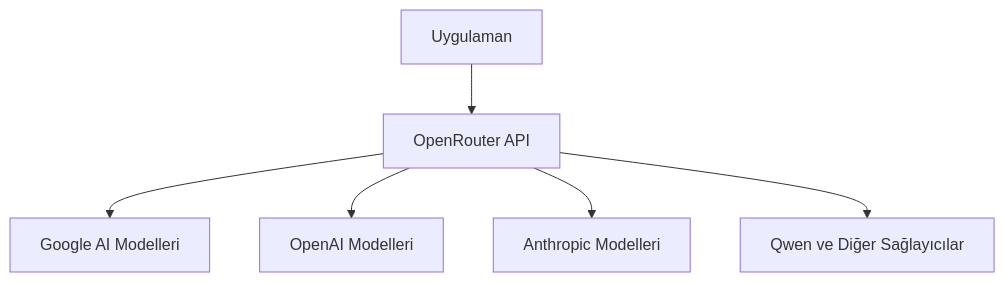
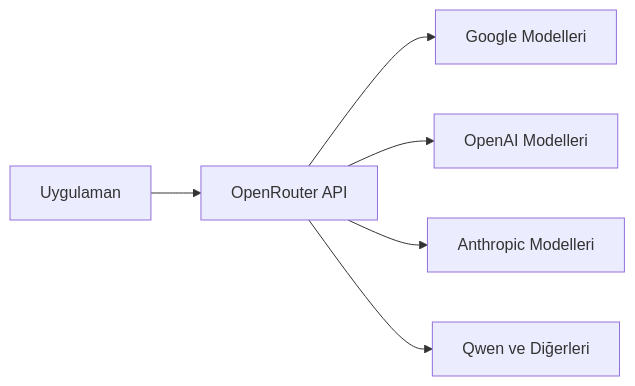
The second of 3 diagrams in sections/1_fundamentals/1_llms_tr.md (lokumai/ai-engineering-bazaar), drawn with Mermaid before and after one commit. The commit also changed other lines of this file and 7 other files, not shown here.

````diff
--- a/sections/1_fundamentals/1_llms_tr.md
+++ b/sections/1_fundamentals/1_llms_tr.md
@@ -116,8 +235,8 @@
 ```mermaid
-graph TD
+graph LR
     A[Uygulaman] --> B[OpenRouter API]
-    B --> C[Google AI Modelleri]
+    B --> C[Google Modelleri]
     B --> D[OpenAI Modelleri]
     B --> E[Anthropic Modelleri]
-    B --> F[Qwen ve Diğer Sağlayıcılar]
+    B --> F["Qwen ve Diğerleri"]
 ```
````
